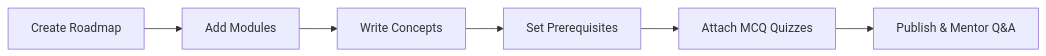
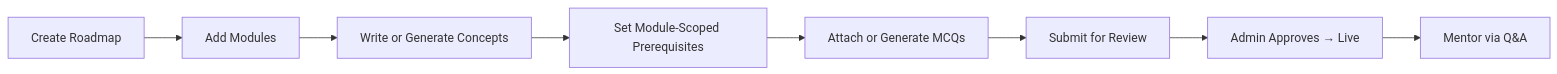
One commit to yaswanthbb/source_dev changed the diagram in INSTRUCTOR_GUIDE.md. Above: the diagram before and after it, drawn with Mermaid. The commit also changed other lines of this file and 3 other files, not shown here.

````diff
--- a/INSTRUCTOR_GUIDE.md
+++ b/INSTRUCTOR_GUIDE.md
@@ -41,8 +68,10 @@
 ```mermaid
 flowchart LR
     A[Create Roadmap] --> B[Add Modules]
-    B --> C[Write Concepts]
-    C --> D[Set Prerequisites]
-    D --> E[Attach MCQ Quizzes]
-    E --> F[Publish & Mentor Q&A]
+    B --> C[Write or Generate Concepts]
+    C --> D[Set Module-Scoped Prerequisites]
+    D --> E[Attach or Generate MCQs]
+    E --> F[Submit for Review]
+    F --> G[Admin Approves → Live]
+    G --> H[Mentor via Q&A]
 ```
````
